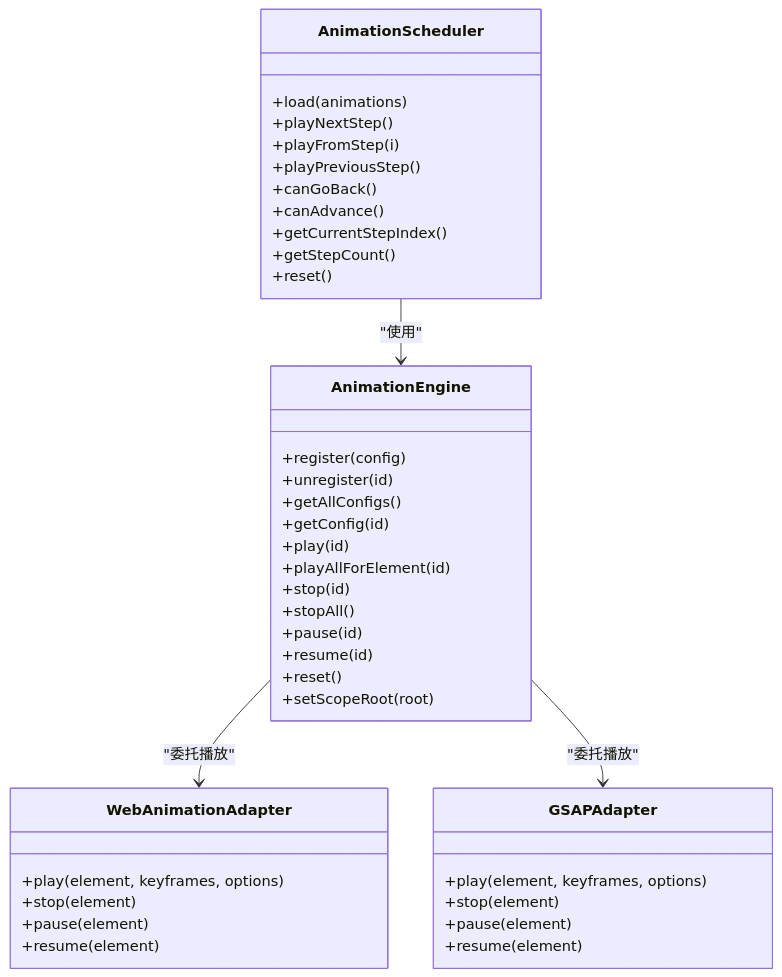
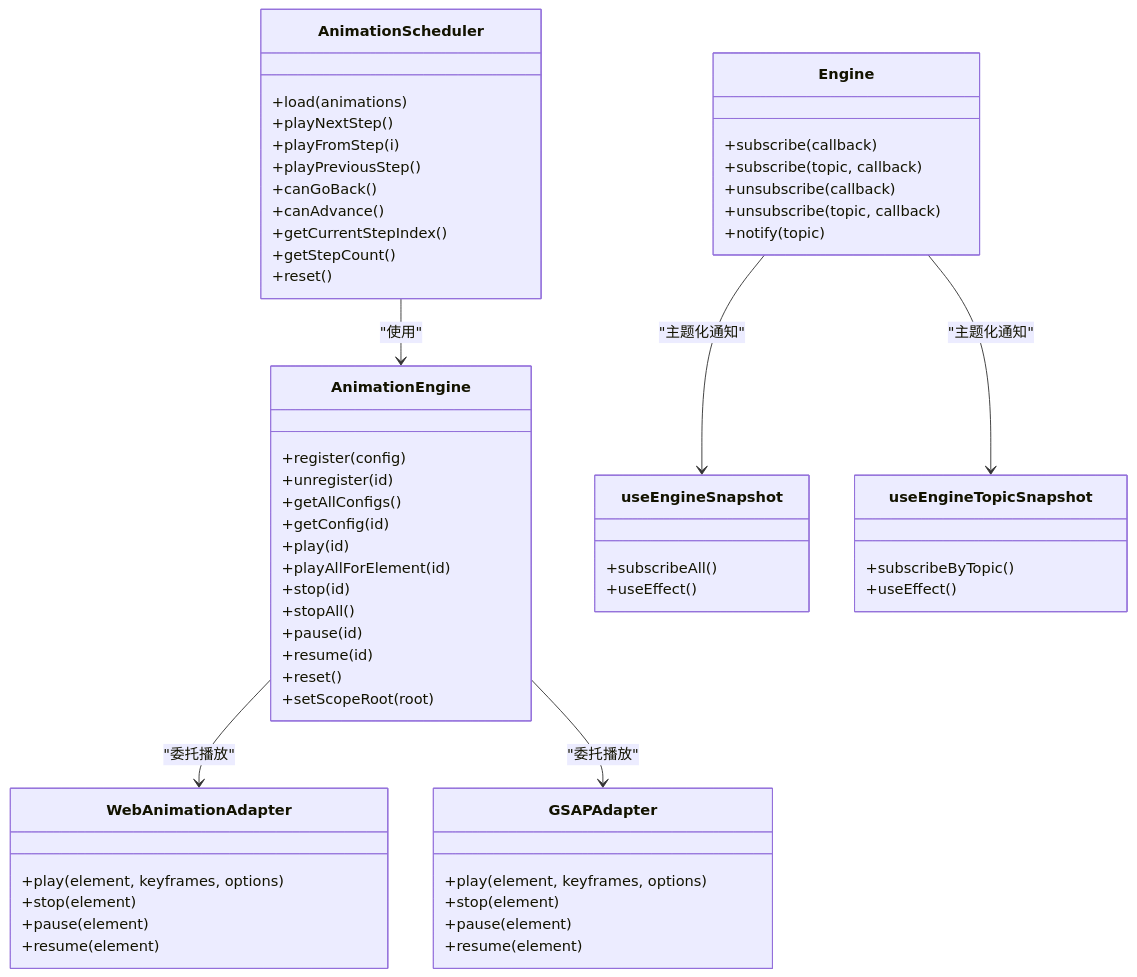
The third of 4 diagrams in .qoder/repowiki/zh/content/API参考/API参考.md (Anna0314zy/ai_editor_enginer), drawn with Mermaid before and after one commit. The commit also changed other lines of this file and 25 other files, not shown here.

````diff
--- a/.qoder/repowiki/zh/content/API参考/API参考.md
+++ b/.qoder/repowiki/zh/content/API参考/API参考.md
@@ -323,43 +375,60 @@
 ```mermaid
 classDiagram
+class Engine {
++subscribe(callback)
++subscribe(topic, callback)
++unsubscribe(callback)
++unsubscribe(topic, callback)
++notify(topic)
+}
 class AnimationEngine {
 +register(config)
 +unregister(id)
 +getAllConfigs()
 +getConfig(id)
 +play(id)
 +playAllForElement(id)
 +stop(id)
 +stopAll()
 +pause(id)
 +resume(id)
 +reset()
 +setScopeRoot(root)
 }
 class AnimationScheduler {
 +load(animations)
 +playNextStep()
 +playFromStep(i)
 +playPreviousStep()
 +canGoBack()
 +canAdvance()
 +getCurrentStepIndex()
 +getStepCount()
 +reset()
 }
 class WebAnimationAdapter {
 +play(element, keyframes, options)
 +stop(element)
 +pause(element)
 +resume(element)
 }
 class GSAPAdapter {
 +play(element, keyframes, options)
 +stop(element)
 +pause(element)
 +resume(element)
 }
+class useEngineSnapshot {
++subscribeAll()
++useEffect()
+}
+class useEngineTopicSnapshot {
++subscribeByTopic()
++useEffect()
+}
+Engine --> useEngineSnapshot : "主题化通知"
+Engine --> useEngineTopicSnapshot : "主题化通知"
 AnimationEngine --> WebAnimationAdapter : "委托播放"
 AnimationEngine --> GSAPAdapter : "委托播放"
 AnimationScheduler --> AnimationEngine : "使用"
 ```
````
